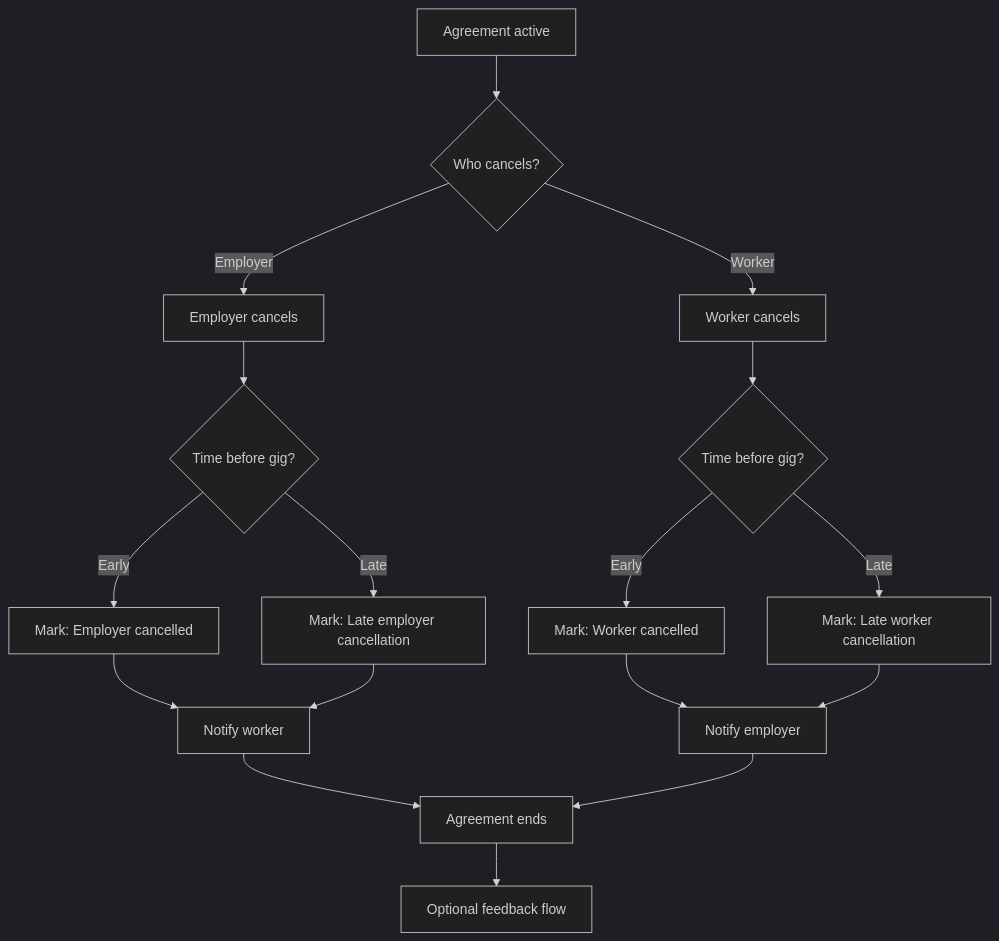
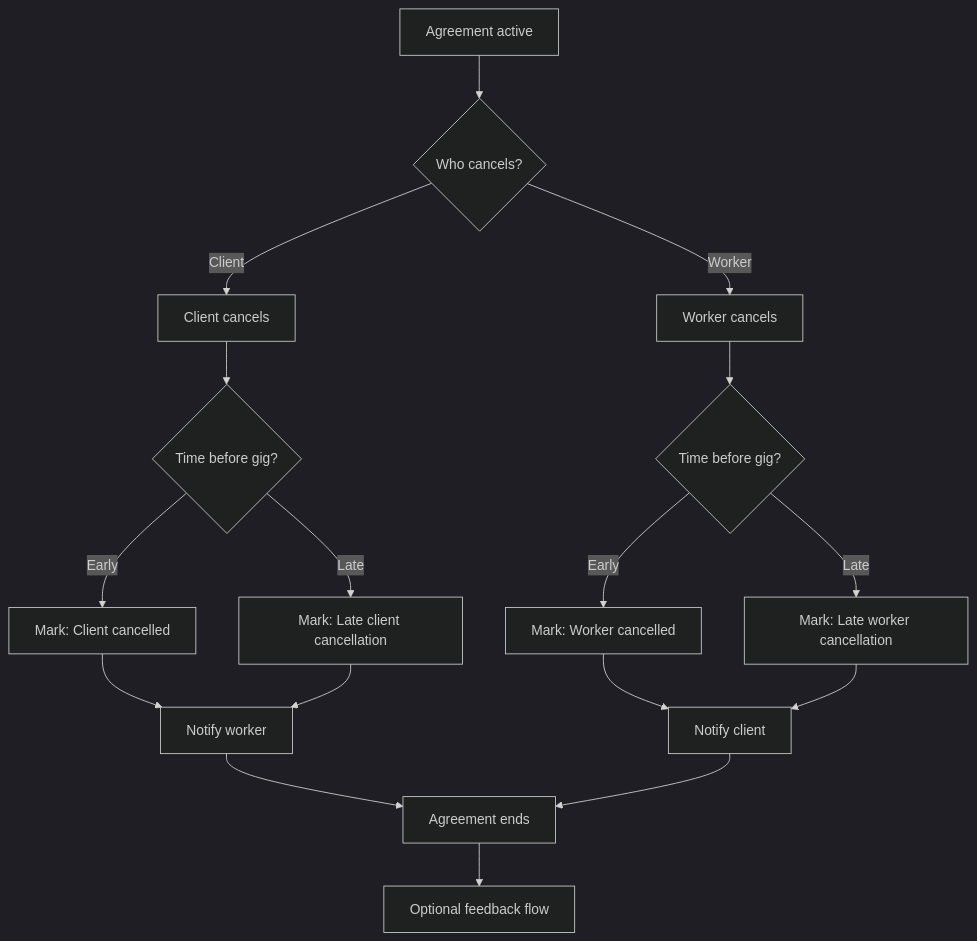
One commit to janiluuk/giggi changed the diagram in docs/journeys/cancellation-flow.md. Above: the diagram before and after it, drawn with Mermaid (dark theme). The commit also changed other lines of this file and 13 other files, not shown here.

````diff
--- a/docs/journeys/cancellation-flow.md
+++ b/docs/journeys/cancellation-flow.md
@@ -5,26 +5,26 @@
 ```mermaid
 flowchart TD
     A[Agreement active] --> B{Who cancels?}
 
-    B -->|Employer| C[Employer cancels]
+    B -->|Client| C[Client cancels]
     B -->|Worker| D[Worker cancels]
 
     C --> E{Time before gig?}
     D --> F{Time before gig?}
 
-    E -->|Early| G[Mark: Employer cancelled]
-    E -->|Late| H[Mark: Late employer cancellation]
+    E -->|Early| G[Mark: Client cancelled]
+    E -->|Late| H[Mark: Late client cancellation]
 
     F -->|Early| I[Mark: Worker cancelled]
     F -->|Late| J[Mark: Late worker cancellation]
 
     G --> K[Notify worker]
     H --> K
-    I --> L[Notify employer]
+    I --> L[Notify client]
     J --> L
 
     K --> M[Agreement ends]
     L --> M
 
     M --> N[Optional feedback flow]
 ```
````
